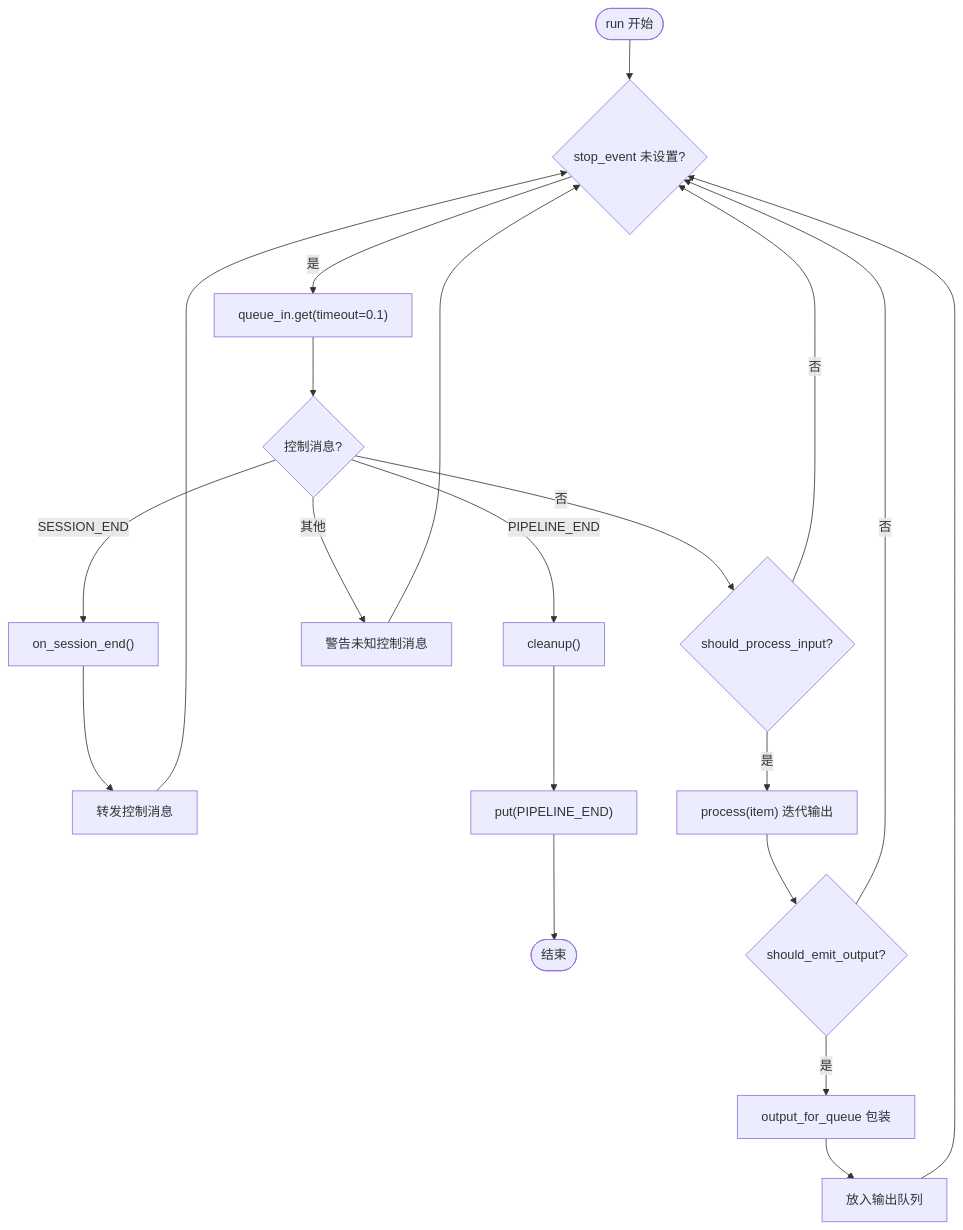
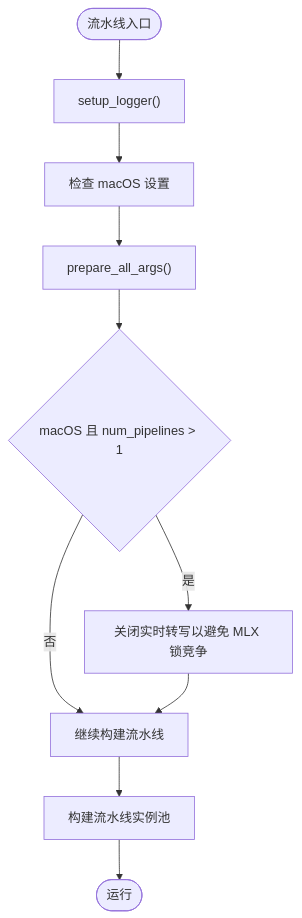
Before and after one commit to joezxh/speech-to-speech: the fifth of 9 diagrams in .qoder/repowiki/zh/content/开发者指南.md, drawn with Mermaid. The commit also changed other lines of this file and 202 other files, not shown here.

````diff
--- a/.qoder/repowiki/zh/content/开发者指南.md
+++ b/.qoder/repowiki/zh/content/开发者指南.md
@@ -168,15 +232,12 @@
 ```mermaid
 flowchart TD
-Start(["run 开始"]) --> Loop{"stop_event 未设置?"}
-Loop --> |是| GetItem["queue_in.get(timeout=0.1)"]
-GetItem --> Control{"控制消息?"}
-Control --> |SESSION_END| OnSessionEnd["on_session_end()"] --> Forward["转发控制消息"] --> Loop
-Control --> |PIPELINE_END| Cleanup["cleanup()"] --> EndSentinel["put(PIPELINE_END)"] --> Stop(["结束"])
-Control --> |其他| Warn["警告未知控制消息"] --> Loop
-Control --> |否| Process{"should_process_input?"}
-Process --> |否| Loop
-Process --> |是| Exec["process(item) 迭代输出"]
-Exec --> Emit{"should_emit_output?"}
-Emit --> |否| Loop
-Emit --> |是| Wrap["output_for_queue 包装"] --> Put["放入输出队列"] --> Loop
+Entry(["流水线入口"]) --> SetupLogger["setup_logger()"]
+SetupLogger --> CheckMac["检查 macOS 设置"]
+CheckMac --> PrepareArgs["prepare_all_args()"]
+PrepareArgs --> ConcurrencyCheck{"macOS 且 num_pipelines > 1"}
+ConcurrencyCheck --> |是| DisableLive["关闭实时转写以避免 MLX 锁竞争"]
+ConcurrencyCheck --> |否| Continue["继续构建流水线"]
+DisableLive --> Continue
+Continue --> BuildPools["构建流水线实例池"]
+BuildPools --> Run(["运行"])
 ```
````
